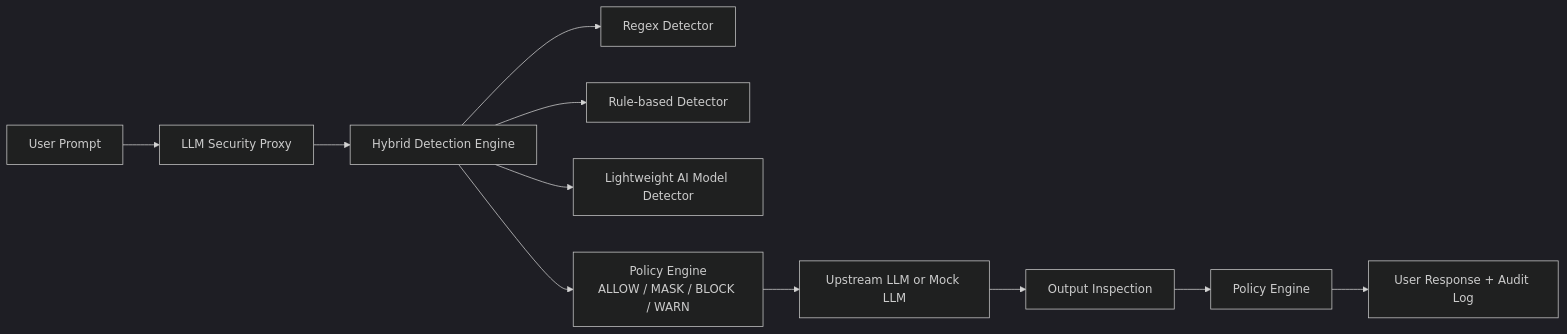
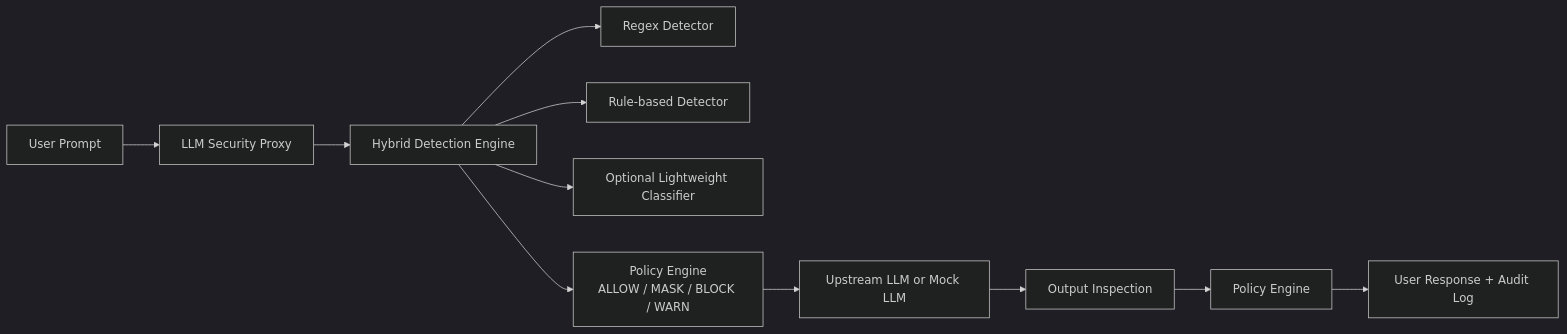
The diagram in README.md (treasonking/Capstone_Design), drawn with Mermaid (dark theme) before and after one commit. The commit also changed other lines of this file and 6 other files, not shown here.

````diff
--- a/README.md
+++ b/README.md
@@ -39,13 +39,13 @@
 ```mermaid
 flowchart LR
     U["User Prompt"] --> P["LLM Security Proxy"]
     P --> H["Hybrid Detection Engine"]
     H --> R["Regex Detector"]
     H --> B["Rule-based Detector"]
-    H --> M["Lightweight AI Model Detector"]
+    H --> M["Optional Lightweight Classifier"]
     H --> E["Policy Engine<br/>ALLOW / MASK / BLOCK / WARN"]
     E --> L["Upstream LLM or Mock LLM"]
     L --> O["Output Inspection"]
     O --> E2["Policy Engine"]
     E2 --> A["User Response + Audit Log"]
 ```
````
